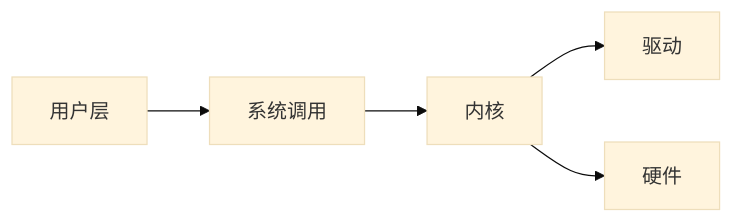
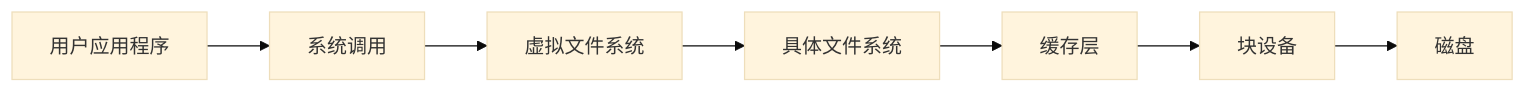
The tenth of 18 diagrams in 2.操作系统/2.5 多表征/2.5.1 概念图.md (AdaMartin18010/SystemOSIOT), drawn with Mermaid (base theme) before and after one commit. The commit also changed other lines of this file and 118 other files, not shown here.

````diff
--- a/2.操作系统/2.5 多表征/2.5.1 概念图.md
+++ b/2.操作系统/2.5 多表征/2.5.1 概念图.md
@@ -19,7 +215,9 @@
 ```mermaid
 graph LR;
-  User[用户层] --> SysCall[系统调用];
-  SysCall --> Kernel[内核];
-  Kernel --> Driver[驱动];
-  Kernel --> HW[硬件];
+    UserApp[用户应用程序] --> SysCall[系统调用];
+    SysCall --> VFS[虚拟文件系统];
+    VFS --> FileSystem[具体文件系统];
+    FileSystem --> Cache[缓存层];
+    Cache --> BlockDevice[块设备];
+    BlockDevice --> Disk[磁盘];
 ```
````
